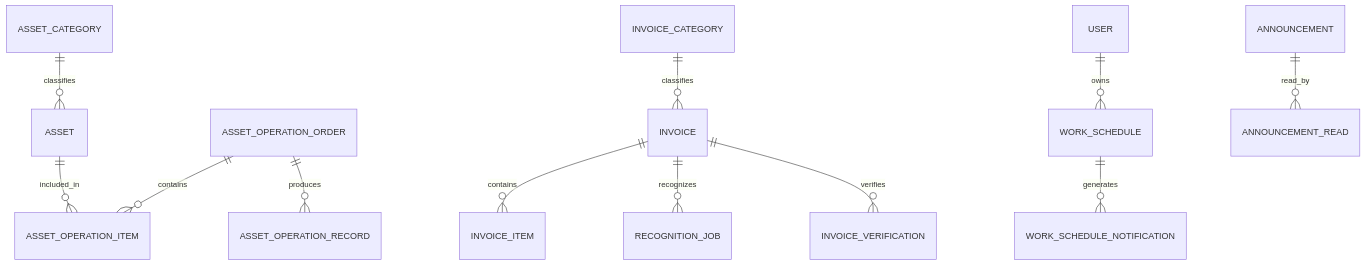
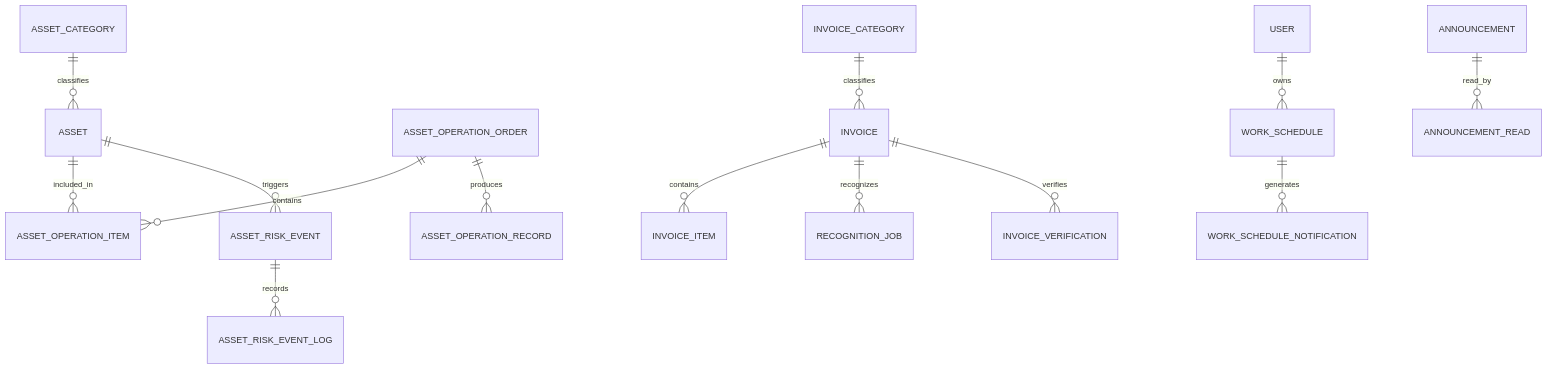
Before and after one commit to WangMi2022/YuYuan-Pass-System: the diagram in docs/DATA-DICTIONARY.md, drawn with Mermaid. The commit also changed other lines of this file and 29 other files, not shown here.

Commit message:
feat(asset): add risk center

````diff
--- a/docs/DATA-DICTIONARY.md
+++ b/docs/DATA-DICTIONARY.md
@@ -22,14 +22,16 @@
 ```mermaid
 erDiagram
     ASSET_CATEGORY ||--o{ ASSET : classifies
     ASSET ||--o{ ASSET_OPERATION_ITEM : included_in
     ASSET_OPERATION_ORDER ||--o{ ASSET_OPERATION_ITEM : contains
     ASSET_OPERATION_ORDER ||--o{ ASSET_OPERATION_RECORD : produces
+    ASSET ||--o{ ASSET_RISK_EVENT : triggers
+    ASSET_RISK_EVENT ||--o{ ASSET_RISK_EVENT_LOG : records
     INVOICE_CATEGORY ||--o{ INVOICE : classifies
     INVOICE ||--o{ INVOICE_ITEM : contains
     INVOICE ||--o{ RECOGNITION_JOB : recognizes
     INVOICE ||--o{ INVOICE_VERIFICATION : verifies
     USER ||--o{ WORK_SCHEDULE : owns
     WORK_SCHEDULE ||--o{ WORK_SCHEDULE_NOTIFICATION : generates
     ANNOUNCEMENT ||--o{ ANNOUNCEMENT_READ : read_by
 ```
````
